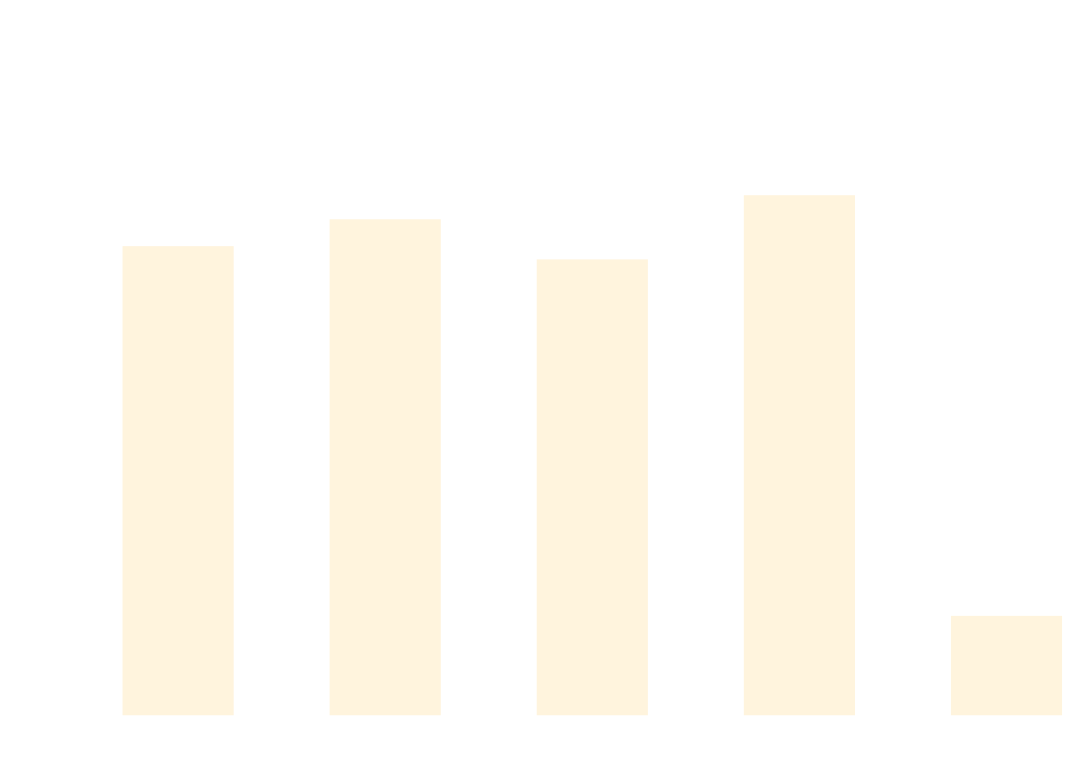
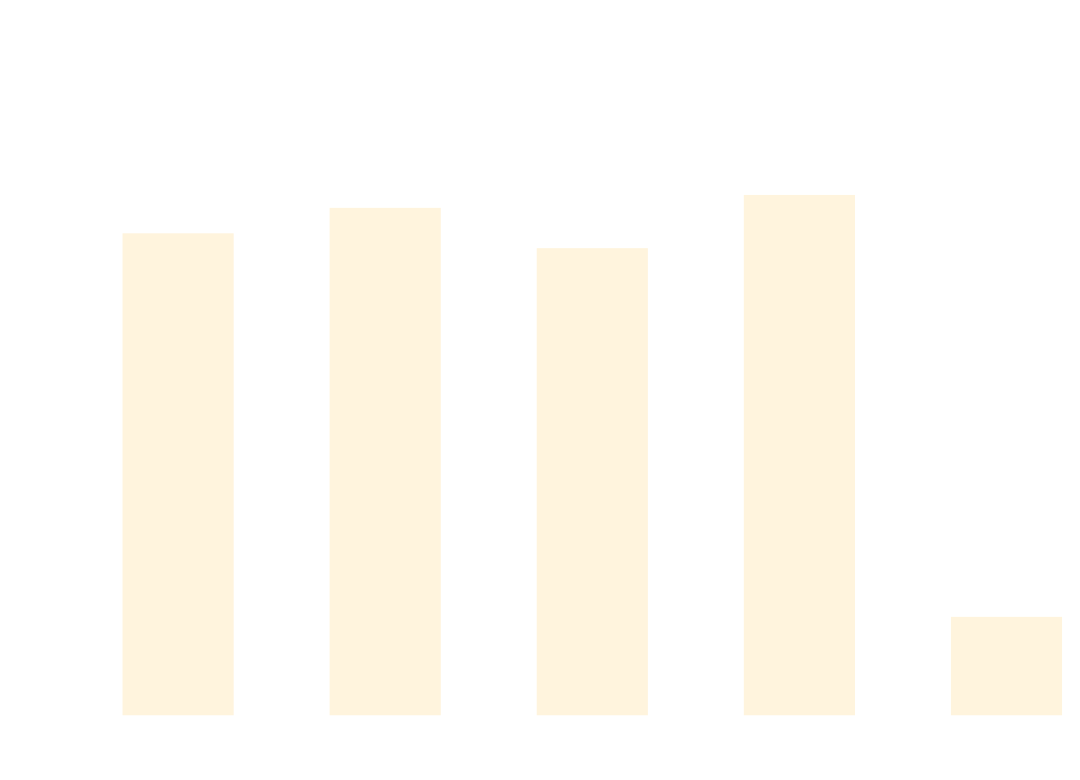
Before and after one commit to thomhurst/TUnit: the diagram in docs/docs/benchmarks/AsyncTests.md, drawn with Mermaid. The commit also changed other lines of this file and 17 other files, not shown here.

````diff
--- a/docs/docs/benchmarks/AsyncTests.md
+++ b/docs/docs/benchmarks/AsyncTests.md
@@ -27,37 +27,37 @@
 ```mermaid
 %%{init: {
   'theme':'base',
   'themeVariables': {
     'primaryColor': '#2563eb',
     'primaryTextColor': '#ffffff',
     'primaryBorderColor': '#1e40af',
     'lineColor': '#6b7280',
     'secondaryColor': '#7c3aed',
     'tertiaryColor': '#dc2626',
     'background': '#ffffff',
     'mainBkg': '#2563eb',
     'secondBkg': '#7c3aed',
     'tertiaryBkg': '#dc2626',
     'clusterBkg': '#f3f4f6',
     'edgeLabelBackground': '#ffffff',
     'tertiaryTextColor': '#1f2937',
     'pie1': '#2563eb',
     'pie2': '#7c3aed',
     'pie3': '#dc2626',
     'pie4': '#f59e0b',
     'pie5': '#10b981',
     'pie6': '#06b6d4',
     'pie7': '#ec4899',
     'pie8': '#6366f1',
     'pie9': '#84cc16',
     'pie10': '#f97316',
     'pie11': '#14b8a6',
     'pie12': '#a855f7'
   }
 }}%%
 xychart-beta
   title "AsyncTests Performance Comparison"
   x-axis ["TUnit", "NUnit", "MSTest", "xUnit3", "TUnit_AOT"]
-  y-axis "Time (ms)" 0 --> 863
-  bar [646.5, 684.5, 627.8, 718.5, 123.9]
+  y-axis "Time (ms)" 0 --> 875
+  bar [673.9, 710.4, 652.6, 728.9, 124.2]
 ```
````
